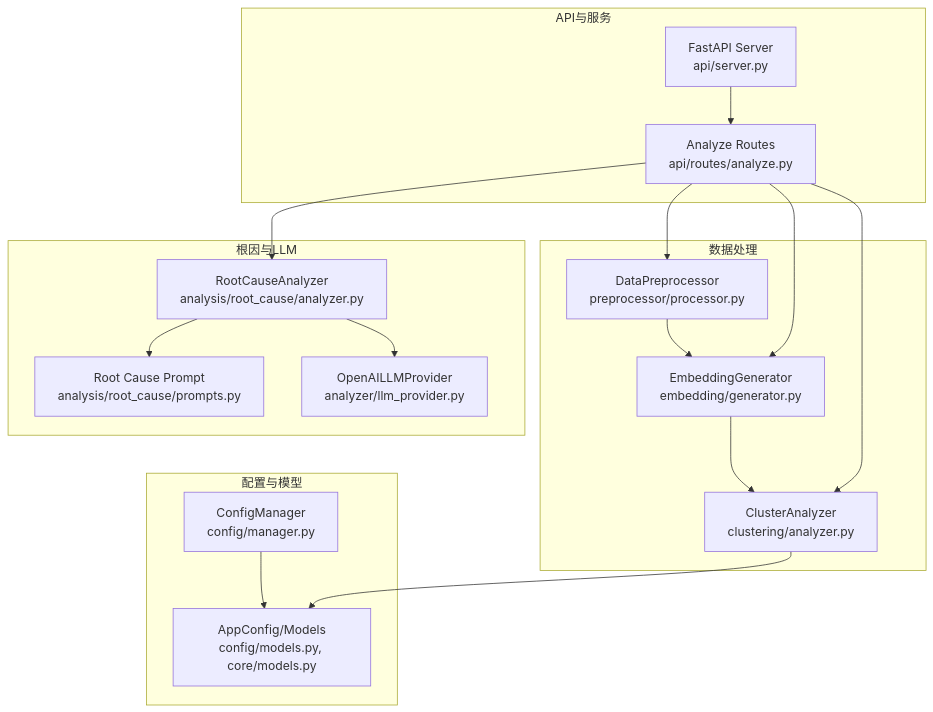
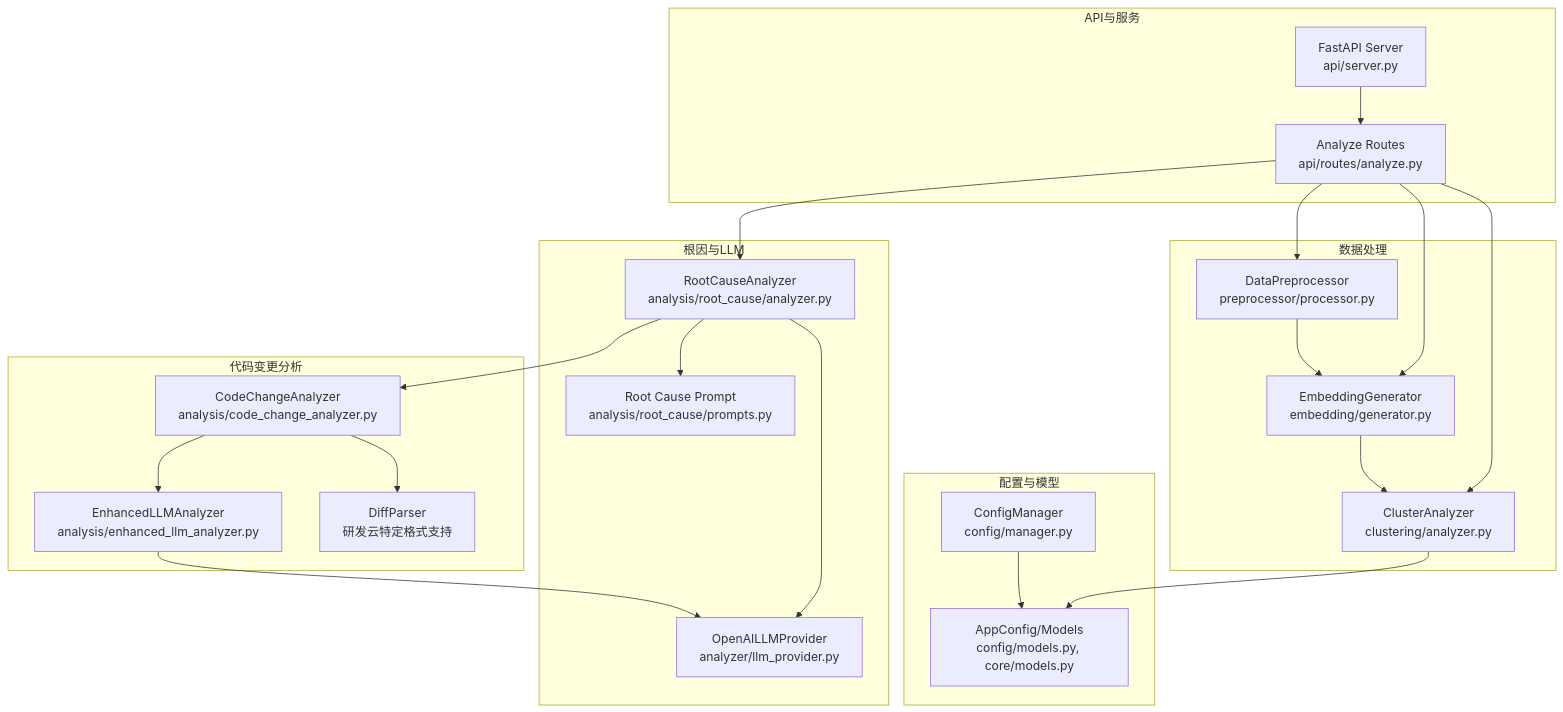
One commit to boyingliu01/fault-review-analyzer changed the first of 8 diagrams in .qoder/repowiki/zh/content/数据分析引擎/数据分析引擎.md. Above: the diagram before and after it, drawn with Mermaid. The commit also changed other lines of this file and 125 other files, not shown here.

````diff
--- a/.qoder/repowiki/zh/content/数据分析引擎/数据分析引擎.md
+++ b/.qoder/repowiki/zh/content/数据分析引擎/数据分析引擎.md
@@ -46,32 +59,41 @@
 ```mermaid
 graph TB
 subgraph "配置与模型"
 CFG["ConfigManager<br/>config/manager.py"]
 MODELS["AppConfig/Models<br/>config/models.py, core/models.py"]
 end
 subgraph "数据处理"
 PRE["DataPreprocessor<br/>preprocessor/processor.py"]
 EMB["EmbeddingGenerator<br/>embedding/generator.py"]
 CLU["ClusterAnalyzer<br/>clustering/analyzer.py"]
+end
+subgraph "代码变更分析"
+CCA["CodeChangeAnalyzer<br/>analysis/code_change_analyzer.py"]
+ELLM["EnhancedLLMAnalyzer<br/>analysis/enhanced_llm_analyzer.py"]
+DIFF["DiffParser<br/>研发云特定格式支持"]
 end
 subgraph "根因与LLM"
 RCA["RootCauseAnalyzer<br/>analysis/root_cause/analyzer.py"]
 PROMPT["Root Cause Prompt<br/>analysis/root_cause/prompts.py"]
 LLM["OpenAILLMProvider<br/>analyzer/llm_provider.py"]
 end
 subgraph "API与服务"
 API["FastAPI Server<br/>api/server.py"]
 ROUTE["Analyze Routes<br/>api/routes/analyze.py"]
 end
 CFG --> MODELS
 PRE --> EMB
 EMB --> CLU
 CLU --> MODELS
+CCA --> DIFF
+CCA --> ELLM
+ELLM --> LLM
 RCA --> PROMPT
 RCA --> LLM
+RCA --> CCA
 API --> ROUTE
 ROUTE --> PRE
 ROUTE --> EMB
 ROUTE --> CLU
 ROUTE --> RCA
 ```
````
